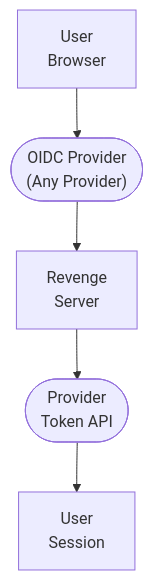
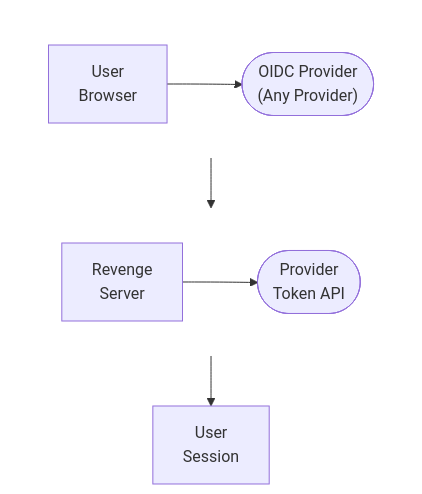
Before and after one commit to lusoris/revenge: the diagram in docs/dev/design/integrations/auth/GENERIC_OIDC.md, drawn with Mermaid. The commit also changed 210 other files, not shown here.

First line of the commit message:
feat(docs): Add horizontal layout support for Mermaid diagrams

````diff
--- a/docs/dev/design/integrations/auth/GENERIC_OIDC.md
+++ b/docs/dev/design/integrations/auth/GENERIC_OIDC.md
@@ -59,12 +59,22 @@
 ```mermaid
 flowchart TD
-    node1["User<br/>Browser"]
-    node2(["OIDC Provider<br/>(Any Provider)"])
-    node3["Revenge<br/>Server"]
-    node4(["Provider<br/>Token API"])
+    subgraph row1[ ]
+        direction LR
+        node1["User<br/>Browser"]
+        node2(["OIDC Provider<br/>(Any Provider)"])
+    end
+    subgraph row2[ ]
+        direction LR
+        node3["Revenge<br/>Server"]
+        node4(["Provider<br/>Token API"])
+    end
     node5["User<br/>Session"]
     node1 --> node2
     node3 --> node4
     node2 --> node3
     node4 --> node5
+
+    %% Hide row subgraph borders
+    style row1 fill:transparent,stroke:transparent
+    style row2 fill:transparent,stroke:transparent
 ```
````
